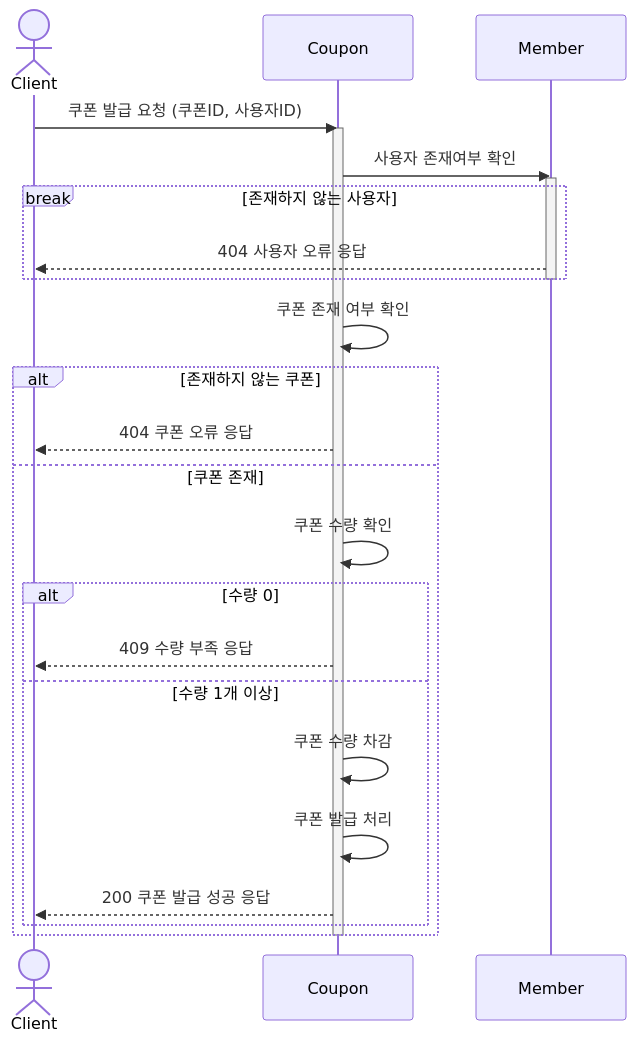
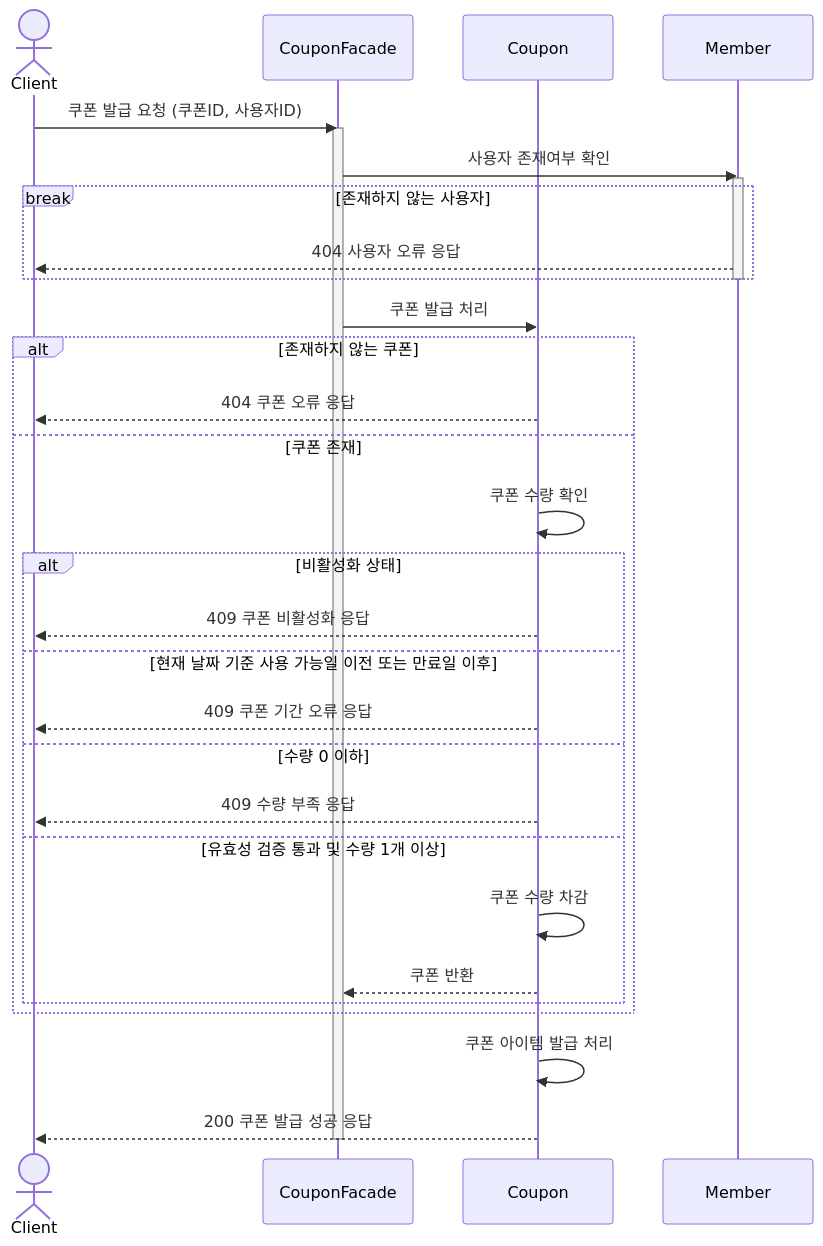
Before and after one commit to hjlee5701/e-commerce: the diagram in docs/diagram/sequence/IssueCouponSequence.md, drawn with Mermaid. The commit also changed 4 other files, not shown here.

````diff
--- a/docs/diagram/sequence/IssueCouponSequence.md
+++ b/docs/diagram/sequence/IssueCouponSequence.md
@@ -2,35 +2,38 @@
 ```mermaid
 sequenceDiagram
     actor Client
+    participant CouponFacade
     participant Coupon
     participant Member
 
 
-    Client->>Coupon: 쿠폰 발급 요청 (쿠폰ID, 사용자ID)
-    activate Coupon
-    Coupon->>Member: 사용자 존재여부 확인
+    Client->>CouponFacade: 쿠폰 발급 요청 (쿠폰ID, 사용자ID)
+    activate CouponFacade
+    CouponFacade->>Member: 사용자 존재여부 확인
     activate Member
     break 존재하지 않는 사용자
         Member-->>Client: 404 사용자 오류 응답
     end
     deactivate Member
-    Coupon->>Coupon: 쿠폰 존재 여부 확인
+        CouponFacade->>Coupon: 쿠폰 발급 처리
     alt 존재하지 않는 쿠폰
         Coupon-->>Client: 404 쿠폰 오류 응답
 
     else 쿠폰 존재
         Coupon->>Coupon: 쿠폰 수량 확인
-
-        alt 수량 0
+        alt 비활성화 상태
+            Coupon-->>Client: 409 쿠폰 비활성화 응답
+        else 현재 날짜 기준 사용 가능일 이전 또는 만료일 이후
+            Coupon-->>Client: 409 쿠폰 기간 오류 응답
+        else 수량 0 이하
             Coupon-->>Client: 409 수량 부족 응답
-
-        else 수량 1개 이상
+        else 유효성 검증 통과 및 수량 1개 이상
             Coupon->>Coupon: 쿠폰 수량 차감
-            Coupon->>Coupon: 쿠폰 발급 처리
-            Coupon-->>Client: 200 쿠폰 발급 성공 응답
+            Coupon -->> CouponFacade : 쿠폰 반환
         end
     end
-
-    deactivate Coupon
+    Coupon ->> Coupon: 쿠폰 아이템 발급 처리
+    Coupon-->>Client: 200 쿠폰 발급 성공 응답
+    deactivate CouponFacade
 
 ```
````
